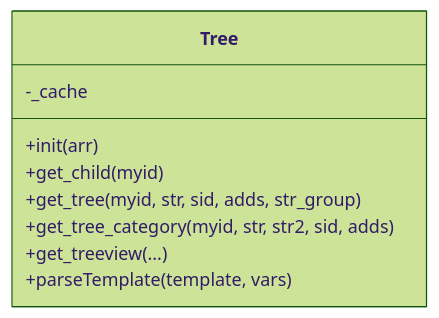
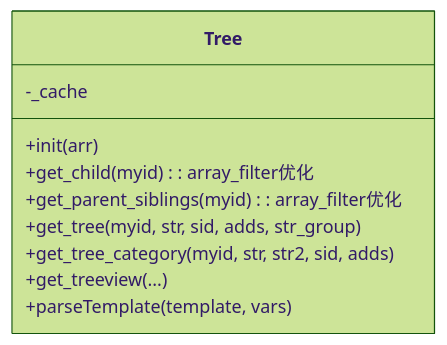
One commit to lirongyaoper/lryblog.com changed the fourth of 8 diagrams in .qoder/repowiki/zh/content/系统架构/模块化设计/后台管理模块/分类管理.md. Above: the diagram before and after it, drawn with Mermaid (forest theme). The commit also changed other lines of this file and 3 other files, not shown here.

````diff
--- a/.qoder/repowiki/zh/content/系统架构/模块化设计/后台管理模块/分类管理.md
+++ b/.qoder/repowiki/zh/content/系统架构/模块化设计/后台管理模块/分类管理.md
@@ -197,12 +233,13 @@
 ```mermaid
 classDiagram
 class Tree {
 +init(arr)
-+get_child(myid)
++get_child(myid) : array_filter优化
++get_parent_siblings(myid) : array_filter优化
 +get_tree(myid, str, sid, adds, str_group)
 +get_tree_category(myid, str, str2, sid, adds)
 +get_treeview(...)
 +parseTemplate(template, vars)
 -_cache
 }
 ```
````
